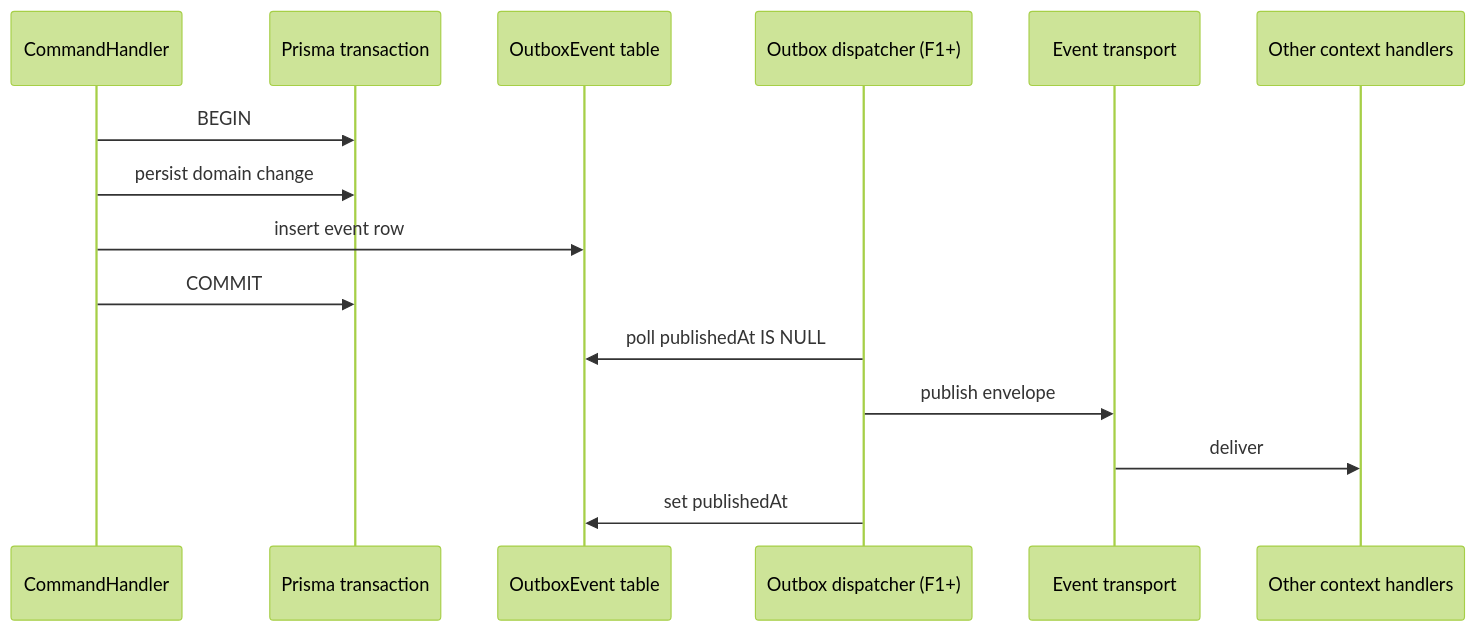
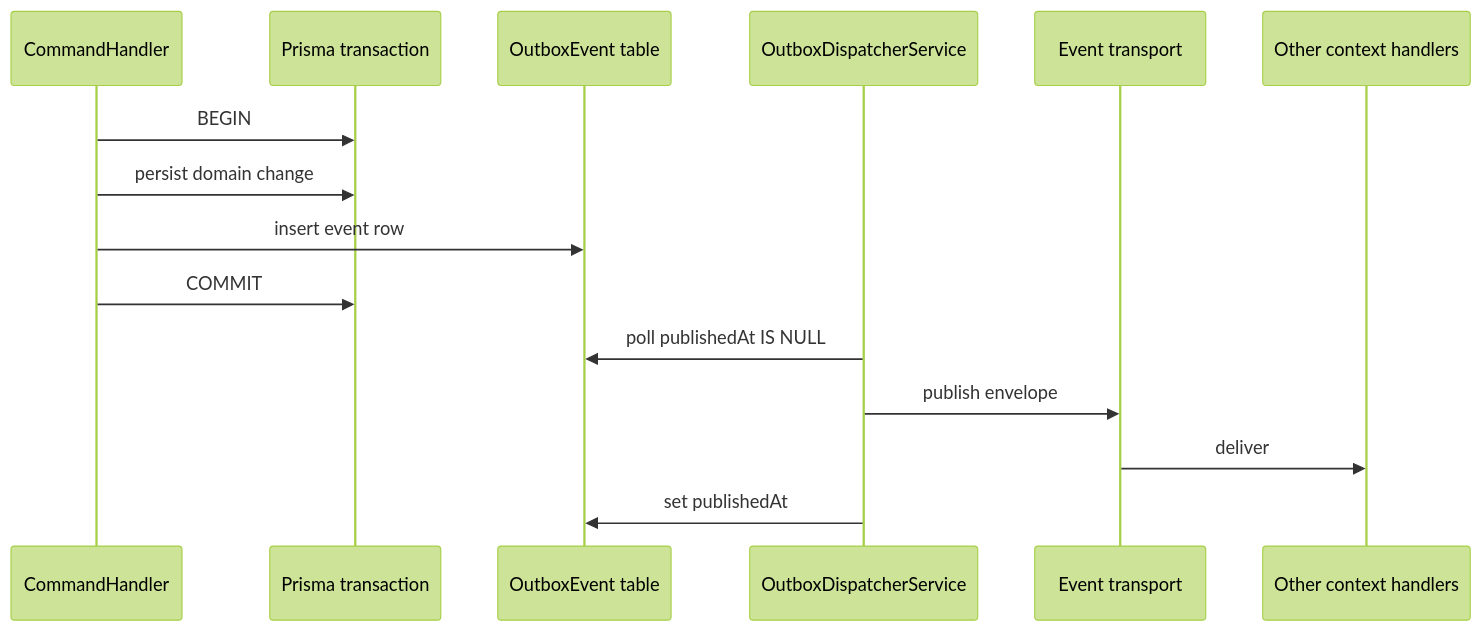
One commit to kevin-esq/binexus-platform changed the diagram in docs/architecture/event-system.md. Above: the diagram before and after it, drawn with Mermaid (forest theme). The commit also changed other lines of this file and 18 other files, not shown here.

````diff
--- a/docs/architecture/event-system.md
+++ b/docs/architecture/event-system.md
@@ -23,18 +24,18 @@
 ```mermaid
 sequenceDiagram
     participant Handler as CommandHandler
     participant Tx as Prisma transaction
     participant Outbox as OutboxEvent table
-    participant Dispatcher as Outbox dispatcher (F1+)
+    participant Dispatcher as OutboxDispatcherService
     participant Transport as Event transport
     participant Subscribers as Other context handlers
 
     Handler->>Tx: BEGIN
     Handler->>Tx: persist domain change
     Handler->>Outbox: insert event row
     Handler->>Tx: COMMIT
     Dispatcher->>Outbox: poll publishedAt IS NULL
     Dispatcher->>Transport: publish envelope
     Transport->>Subscribers: deliver
     Dispatcher->>Outbox: set publishedAt
 ```
````
